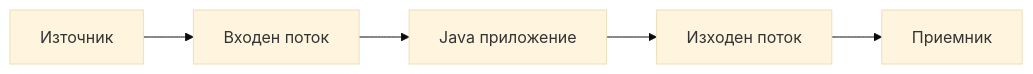
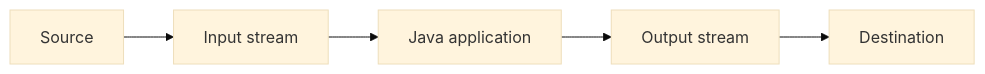
Before and after one commit to programmingfundamental/courses: the diagram in src/content/docs/en/obektno-orientirano-programirane-1-chast/laboratorno-uprazhnenie-11/vhodno-izhodni-operacii-v-java.md, drawn with Mermaid (base theme). The commit also changed other lines of this file and 35 other files, not shown here.

````diff
--- a/src/content/docs/en/obektno-orientirano-programirane-1-chast/laboratorno-uprazhnenie-11/vhodno-izhodni-operacii-v-java.md
+++ b/src/content/docs/en/obektno-orientirano-programirane-1-chast/laboratorno-uprazhnenie-11/vhodno-izhodni-operacii-v-java.md
@@ -13,7 +11,7 @@
 ```mermaid
 flowchart LR
-    A["Източник"] --> B["Входен поток"]
-    B --> C["Java приложение"]
-    C --> D["Изходен поток"]
-    D --> E["Приемник"]
+    A["Source"] --> B["Input stream"]
+    B --> C["Java application"]
+    C --> D["Output stream"]
+    D --> E["Destination"]
 ```
````
